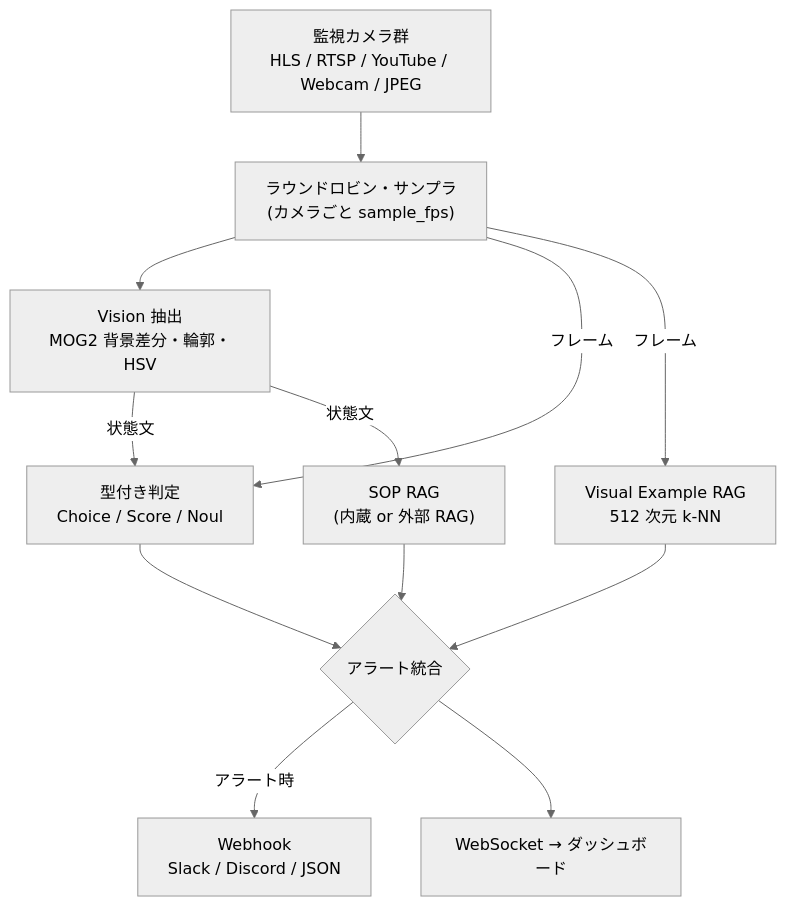
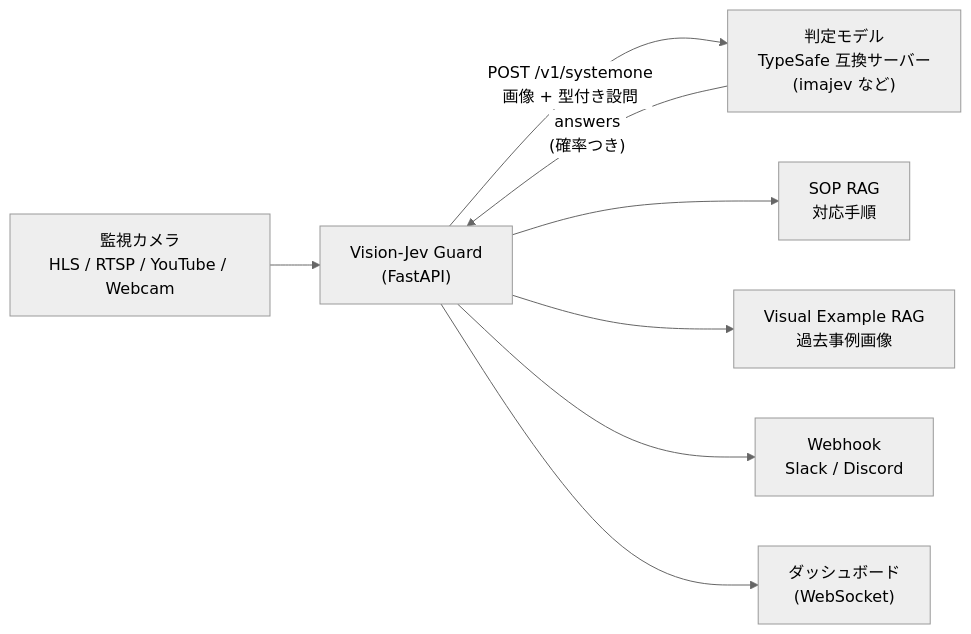
The diagram in docs/qiita_article.md (miyabiver39/VisionLocalJev), drawn with Mermaid (neutral theme) before and after one commit. The commit also changed other lines of this file and 11 other files, not shown here.

First line of the commit message:
feat: run the app and imajev together with docker compose (AMD / NVIDIA)

````diff
--- a/docs/qiita_article.md
+++ b/docs/qiita_article.md
@@ -42,14 +37,10 @@
 ```mermaid
-flowchart TD
-    Cam["監視カメラ群<br/>HLS / RTSP / YouTube / Webcam / JPEG"] --> Sampler["ラウンドロビン・サンプラ<br/>(カメラごと sample_fps)"]
-    Sampler --> Vision["Vision 抽出<br/>MOG2 背景差分・輪郭・HSV"]
-    Vision -->|状態文| Decision["型付き判定<br/>Choice / Score / Noul"]
-    Sampler -->|フレーム| Decision
-    Vision -->|状態文| SOP["SOP RAG<br/>(内蔵 or 外部 RAG)"]
-    Sampler -->|フレーム| VRAG["Visual Example RAG<br/>512 次元 k-NN"]
-    Decision --> Merge{"アラート統合"}
-    VRAG --> Merge
-    SOP --> Merge
-    Merge -->|アラート時| Hook["Webhook<br/>Slack / Discord / JSON"]
-    Merge --> WS["WebSocket → ダッシュボード"]
+flowchart LR
+    Cam["監視カメラ<br/>HLS / RTSP / YouTube / Webcam"] --> App["Vision-Jev Guard<br/>(FastAPI)"]
+    App -->|"POST /v1/systemone<br/>画像 + 型付き設問"| Engine["判定モデル<br/>TypeSafe 互換サーバー<br/>(imajev など)"]
+    Engine -->|"answers<br/>(確率つき)"| App
+    App --> SOP["SOP RAG<br/>対応手順"]
+    App --> VRAG["Visual Example RAG<br/>過去事例画像"]
+    App --> Hook["Webhook<br/>Slack / Discord"]
+    App --> UI["ダッシュボード<br/>(WebSocket)"]
 ```
````
